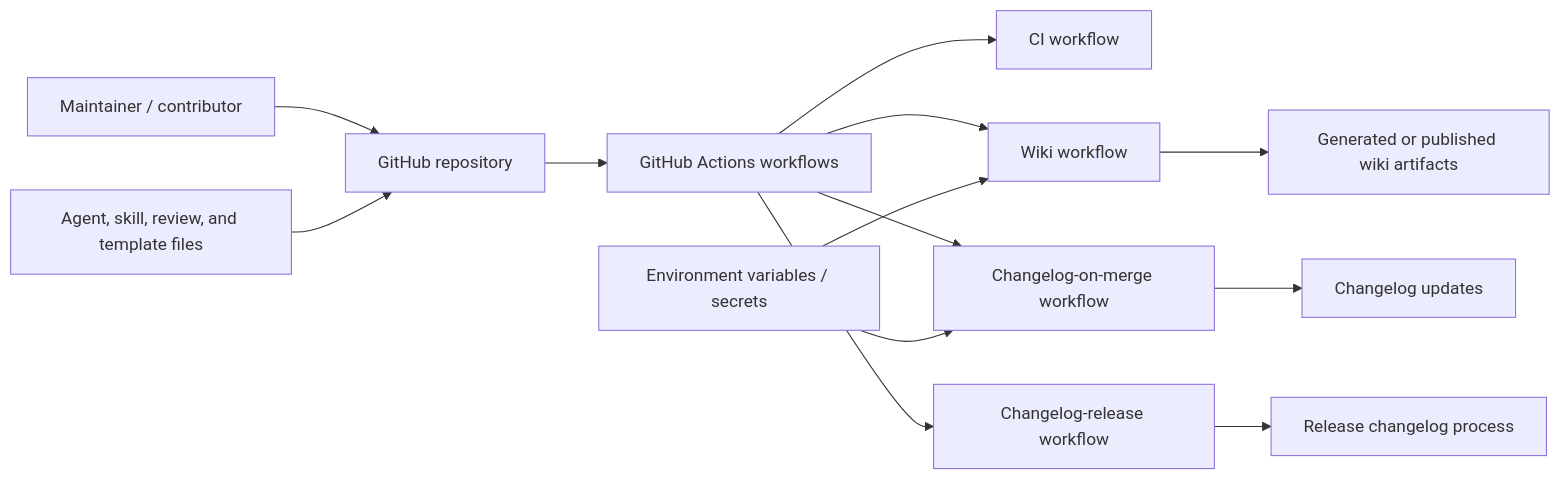
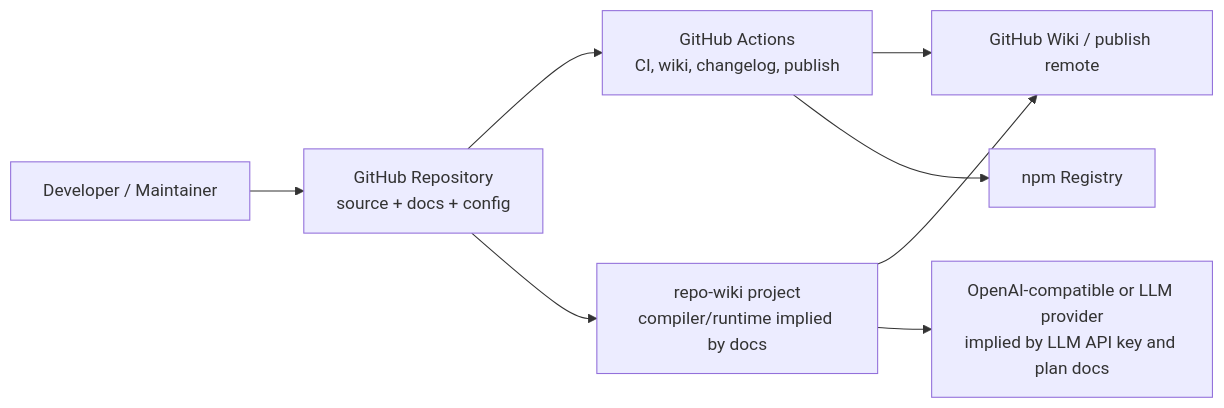
One commit to mfittko/repo-wiki changed the first of 4 diagrams in Architecture.md. Above: the diagram before and after it, drawn with Mermaid. The commit also changed other lines of this file and 46 other files, not shown here.

Commit message:
Compile repository wiki 2026-06-13T08:35:19.100Z

````diff
--- a/Architecture.md
+++ b/Architecture.md
@@ -43,15 +55,18 @@
 ```mermaid
 flowchart LR
-    User["Maintainer / contributor"] --> GitHub["GitHub repository"]
-    AgentDocs["Agent, skill, review, and template files"] --> GitHub
-    GitHub --> CI["GitHub Actions workflows"]
-    CI --> CIWorkflow["CI workflow"]
-    CI --> WikiWorkflow["Wiki workflow"]
-    CI --> ChangelogMerge["Changelog-on-merge workflow"]
-    CI --> ChangelogRelease["Changelog-release workflow"]
-    Env["Environment variables / secrets"] --> WikiWorkflow
-    Env --> ChangelogMerge
-    WikiWorkflow --> WikiOutput["Generated or published wiki artifacts"]
-    ChangelogMerge --> Changelog["Changelog updates"]
-    ChangelogRelease --> ReleaseDocs["Release changelog process"]
+    Developer["Developer / Maintainer"]
+    GitHubRepo["GitHub Repository\nsource + docs + config"]
+    RepoWiki["repo-wiki project\ncompiler/runtime implied by docs"]
+    GitHubActions["GitHub Actions\nCI, wiki, changelog, publish"]
+    GitHubWiki["GitHub Wiki / publish remote"]
+    NpmRegistry["npm Registry"]
+    LLMProvider["OpenAI-compatible or LLM provider\nimplied by LLM API key and plan docs"]
+
+    Developer --> GitHubRepo
+    GitHubRepo --> GitHubActions
+    GitHubRepo --> RepoWiki
+    RepoWiki --> GitHubWiki
+    RepoWiki --> LLMProvider
+    GitHubActions --> GitHubWiki
+    GitHubActions --> NpmRegistry
 ```
````
